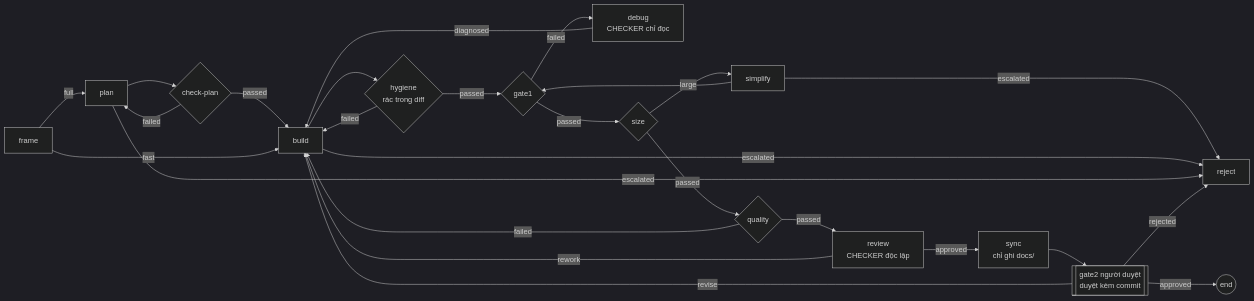
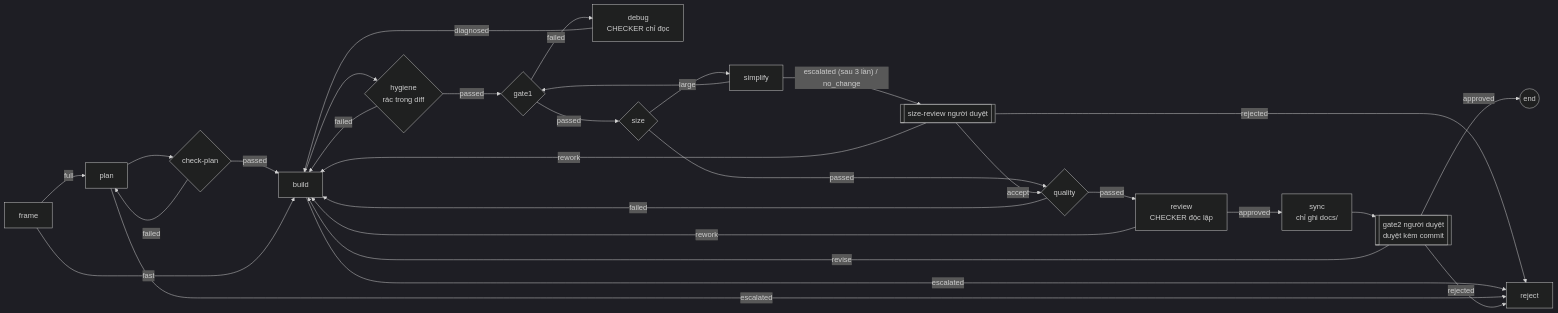
One commit to draculemihawk123-ai/aw-tqunglnh changed the first of 3 diagrams in kit/README.md. Above: the diagram before and after it, drawn with Mermaid (dark theme). The commit also changed other lines of this file and 13 other files, not shown here.

First line of the commit message:
feat(v12-06): diff lớn tới cổng người size-review thay vì đóng task; ngưỡng diff-size theo component

````diff
--- a/kit/README.md
+++ b/kit/README.md
@@ -101,25 +101,28 @@
 ```mermaid
 flowchart LR
   F[frame] -->|full| P[plan] --> CP{check-plan}
   CP -->|failed| P
   CP -->|passed| B[build]
   F -->|fast| B
   B --> H{hygiene<br/>rác trong diff}
   H -->|failed| B
   H -->|passed| G1{gate1}
   G1 -->|failed| D[debug<br/>CHECKER chỉ đọc]
   D -->|diagnosed| B
   G1 -->|passed| SZ{size}
   SZ -->|large| SM[simplify] --> G1
   SZ -->|passed| Q{quality}
-  SM -->|escalated| X
+  SM -->|"escalated (sau 3 lần) / no_change"| SR[[size-review người duyệt]]
+  SR -->|accept| Q
+  SR -->|rework| B
+  SR -->|rejected| X
   Q -->|failed| B
   Q -->|passed| R[review<br/>CHECKER độc lập]
   R -->|rework| B
   R -->|approved| S[sync<br/>chỉ ghi docs/] --> G2[[gate2 người duyệt<br/>duyệt kèm commit]]
   G2 -->|revise| B
   G2 -->|approved| E((end))
   B -->|escalated| X[reject]
   P -->|escalated| X
   G2 -->|rejected| X
 ```
````
